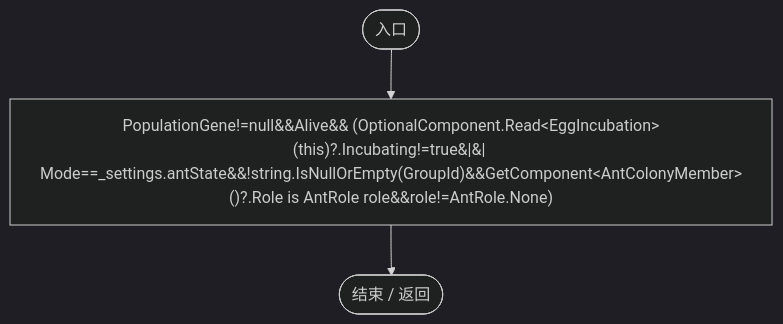
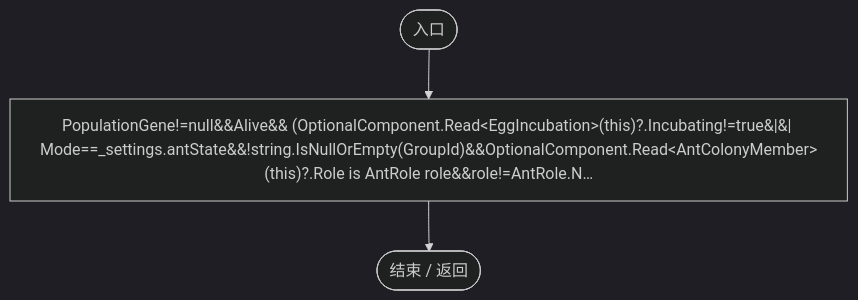
One commit to xhs6666/Darwin_paradise changed diagram 20 of 54 in Docs/运行流程图/脚本/21e4f62f75a9a80f.md. Above: the diagram before and after it, drawn with Mermaid (dark theme). The commit also changed other lines of this file and 297 other files, not shown here.

````diff
--- a/Docs/运行流程图/脚本/21e4f62f75a9a80f.md
+++ b/Docs/运行流程图/脚本/21e4f62f75a9a80f.md
@@ -462,9 +462,9 @@
 ```mermaid
 flowchart TD
   n2(["入口"])
-  n1["PopulationGene!=null&amp;&amp;Alive&amp;&amp; (OptionalComponent.Read&lt;EggIncubation&gt;(this)?.Incubating!=true&#124;&#124; Mode==_settings.antState&amp;&amp;!string.IsNullOrEmpty(GroupId)&amp;&amp;GetComponent&lt;AntColonyMember&gt;()?.Role is AntRole role&amp;&amp;role!=AntRole.None)"]
+  n1["PopulationGene!=null&amp;&amp;Alive&amp;&amp; (OptionalComponent.Read&lt;EggIncubation&gt;(this)?.Incubating!=true&#124;&#124; Mode==_settings.antState&amp;&amp;!string.IsNullOrEmpty(GroupId)&amp;&amp;OptionalComponent.Read&lt;AntColonyMember&gt;(this)?.Role is AntRole role&amp;&amp;role!=AntRole.N…"]
   n0(["结束 / 返回"])
   n1 --> n0
   n2 --> n1
 
 ```
````
